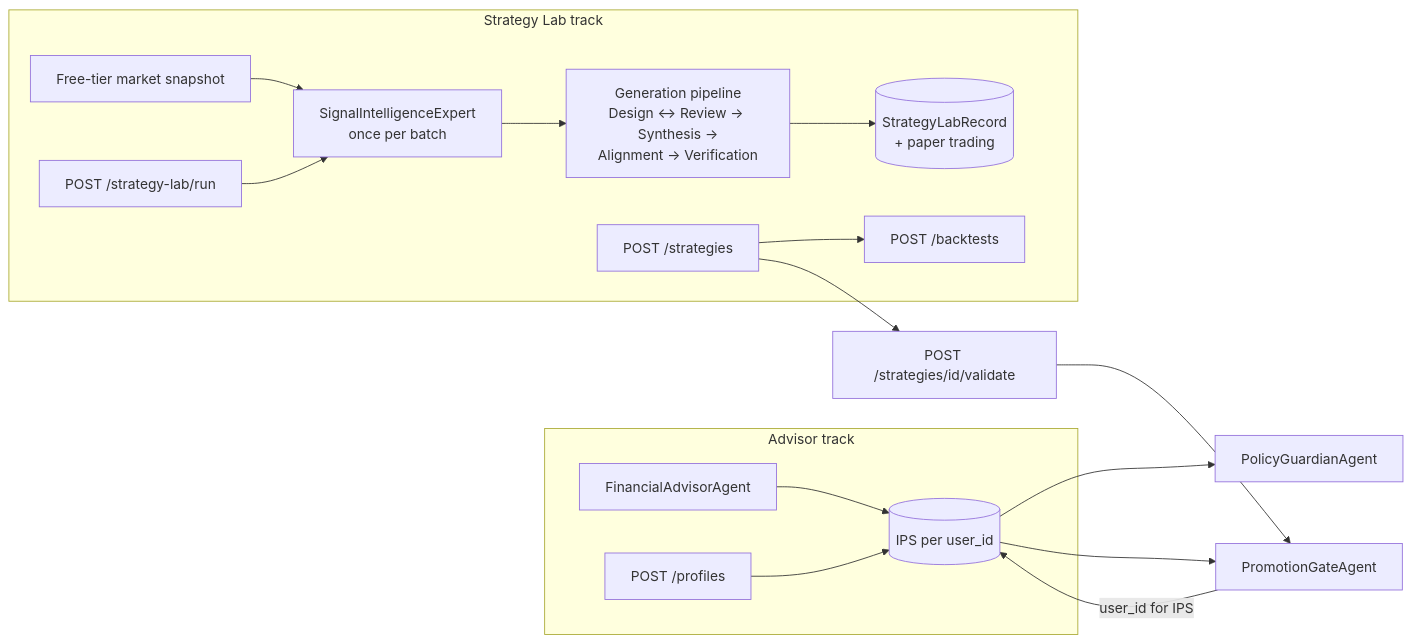
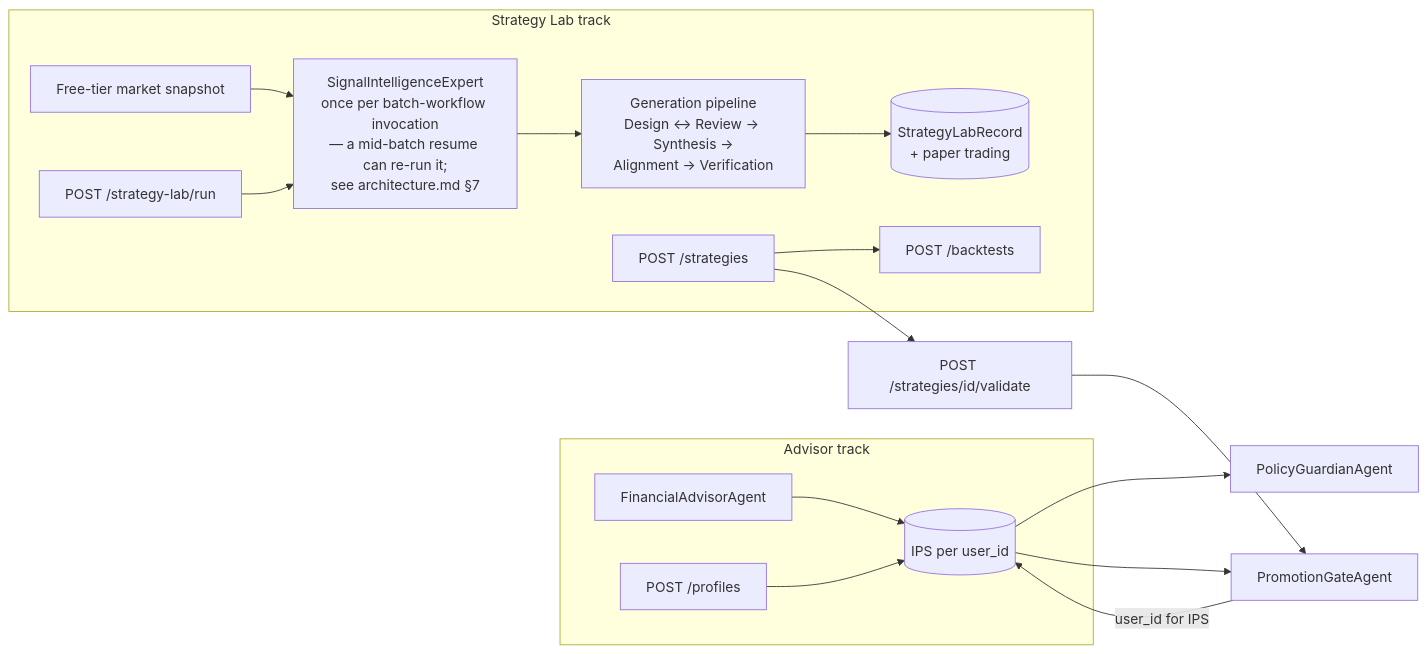
The diagram in backend/agents/investment_team/README.md (brandonkindred/Khala-Agentic-AI-Teams), drawn with Mermaid before and after one commit. The commit also changed 2 other files, not shown here.

First paragraph of the commit message:
docs(investment): add near-miss adjudication branch, qualify signal-brief label, show strategy/backtest persistence writes
Three findings from the latest codex review round, verified against source:

````diff
--- a/backend/agents/investment_team/README.md
+++ b/backend/agents/investment_team/README.md
@@ -16,29 +16,29 @@
 ```mermaid
 flowchart LR
   subgraph advisor [Advisor track]
     FA[FinancialAdvisorAgent]
     Prof[POST /profiles]
     IPS[(IPS per user_id)]
     FA --> IPS
     Prof --> IPS
   end
   subgraph lab [Strategy Lab track]
     MD[Free-tier market snapshot]
     SL[POST /strategy-lab/run]
-    SIG[SignalIntelligenceExpert<br/>once per batch]
+    SIG[SignalIntelligenceExpert<br/>once per batch-workflow invocation<br/>— a mid-batch resume can re-run it;<br/>see architecture.md §7]
     GP[Generation pipeline<br/>Design ↔ Review → Synthesis →<br/>Alignment → Verification]
     LabRec[(StrategyLabRecord<br/>+ paper trading)]
     ST[POST /strategies]
     BT[POST /backtests]
     SL --> SIG
     MD --> SIG
     SIG --> GP
     GP --> LabRec
     ST --> BT
   end
   IPS --> PG[PolicyGuardianAgent]
   IPS --> PGate[PromotionGateAgent]
   ST --> Val[POST /strategies/id/validate]
   Val --> PGate
   PGate -->|"user_id for IPS"| IPS
 ```
````
